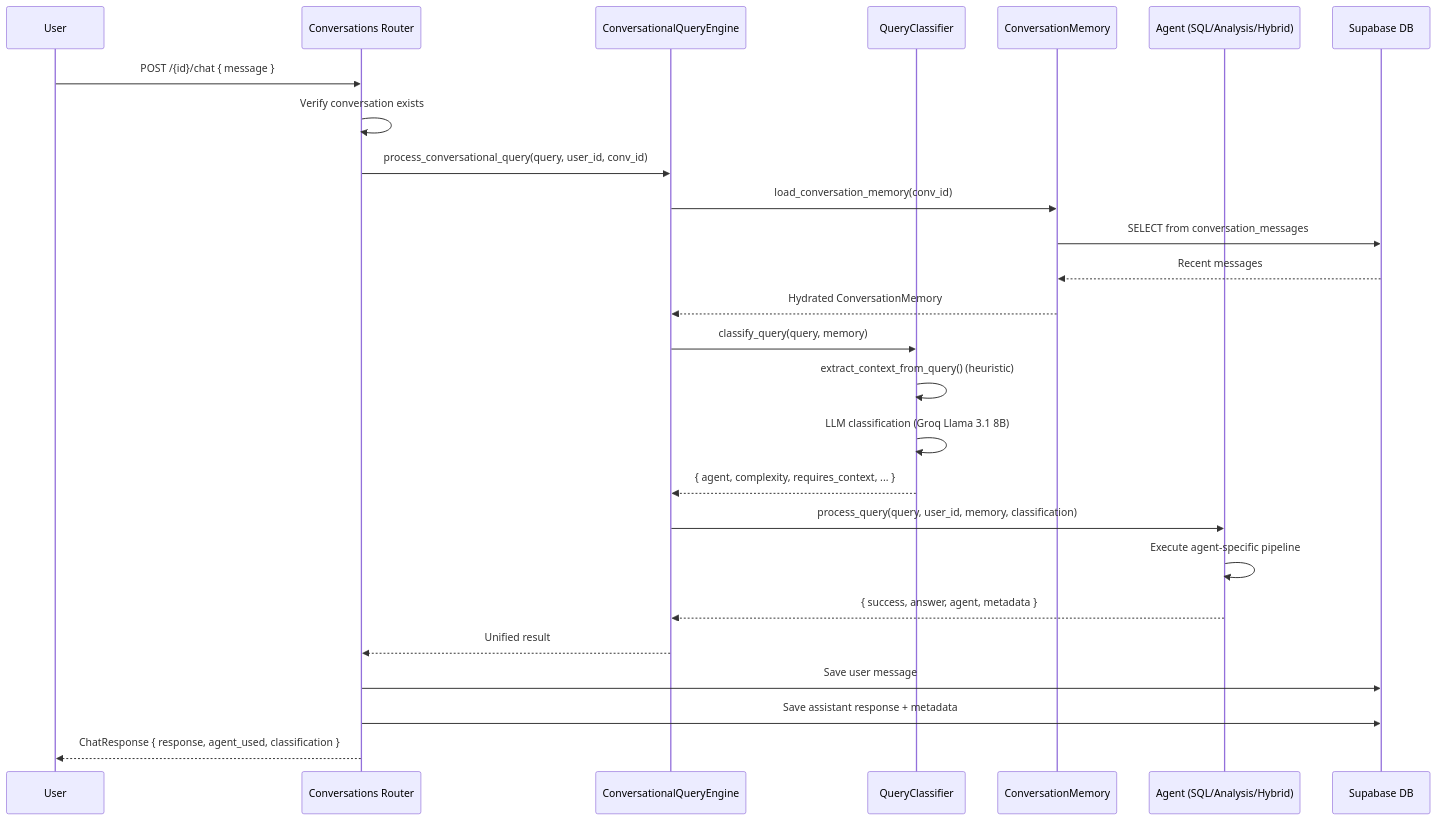
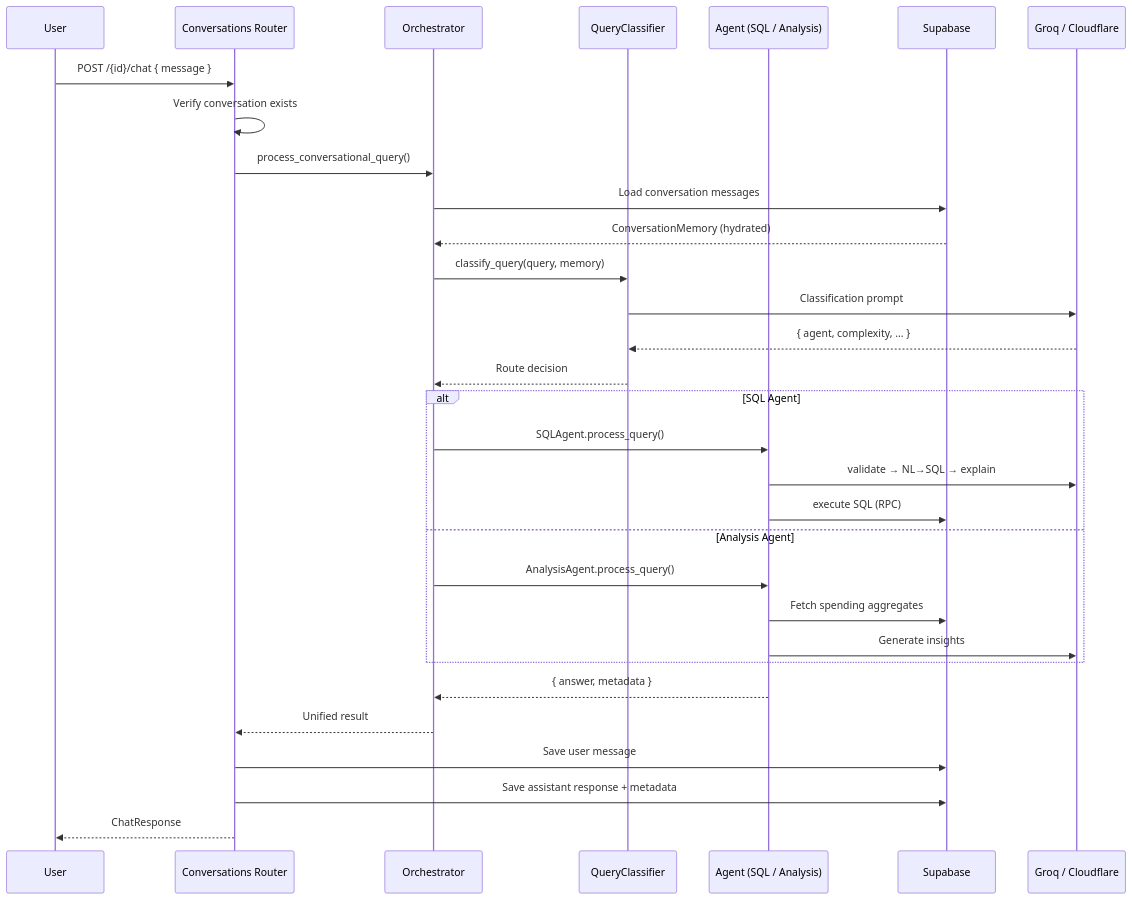
The sixth of 6 diagrams in docs/LLD.md (siddanth-6365/TrackIt-AI), drawn with Mermaid before and after one commit. The commit also changed other lines of this file, not shown here.

````diff
--- a/docs/LLD.md
+++ b/docs/LLD.md
@@ -352,34 +254,39 @@
 ```mermaid
 sequenceDiagram
     participant U as User
     participant R as Conversations Router
-    participant E as ConversationalQueryEngine
+    participant E as Orchestrator
     participant CL as QueryClassifier
-    participant MEM as ConversationMemory
-    participant AG as Agent (SQL/Analysis/Hybrid)
-    participant DB as Supabase DB
+    participant AG as Agent (SQL / Analysis)
+    participant DB as Supabase
+    participant LLM as Groq / Cloudflare
 
     U->>R: POST /{id}/chat { message }
     R->>R: Verify conversation exists
-    R->>E: process_conversational_query(query, user_id, conv_id)
+    R->>E: process_conversational_query()
 
-    E->>MEM: load_conversation_memory(conv_id)
-    MEM->>DB: SELECT from conversation_messages
-    DB-->>MEM: Recent messages
-    MEM-->>E: Hydrated ConversationMemory
+    E->>DB: Load conversation messages
+    DB-->>E: ConversationMemory (hydrated)
 
     E->>CL: classify_query(query, memory)
-    CL->>CL: extract_context_from_query() (heuristic)
-    CL->>CL: LLM classification (Groq Llama 3.1 8B)
-    CL-->>E: { agent, complexity, requires_context, ... }
+    CL->>LLM: Classification prompt
+    LLM-->>CL: { agent, complexity, ... }
+    CL-->>E: Route decision
 
-    E->>AG: process_query(query, user_id, memory, classification)
-    AG->>AG: Execute agent-specific pipeline
-    AG-->>E: { success, answer, agent, metadata }
+    alt SQL Agent
+        E->>AG: SQLAgent.process_query()
+        AG->>LLM: validate → NL→SQL → explain
+        AG->>DB: execute SQL (RPC)
+    else Analysis Agent
+        E->>AG: AnalysisAgent.process_query()
+        AG->>DB: Fetch spending aggregates
+        AG->>LLM: Generate insights
+    end
 
+    AG-->>E: { answer, metadata }
     E-->>R: Unified result
 
     R->>DB: Save user message
     R->>DB: Save assistant response + metadata
-    R-->>U: ChatResponse { response, agent_used, classification }
+    R-->>U: ChatResponse
 ```
````
